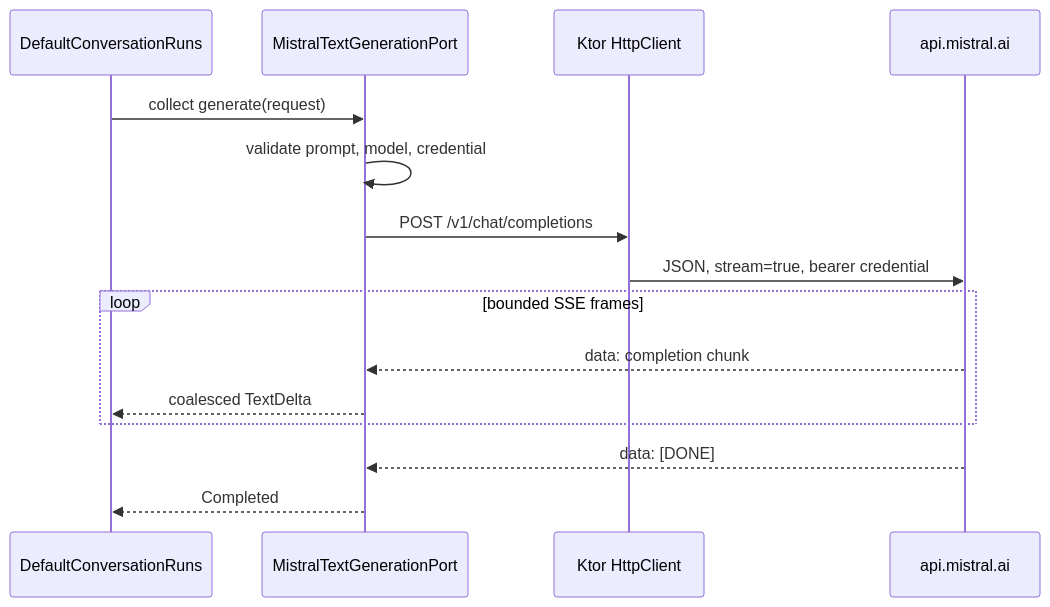
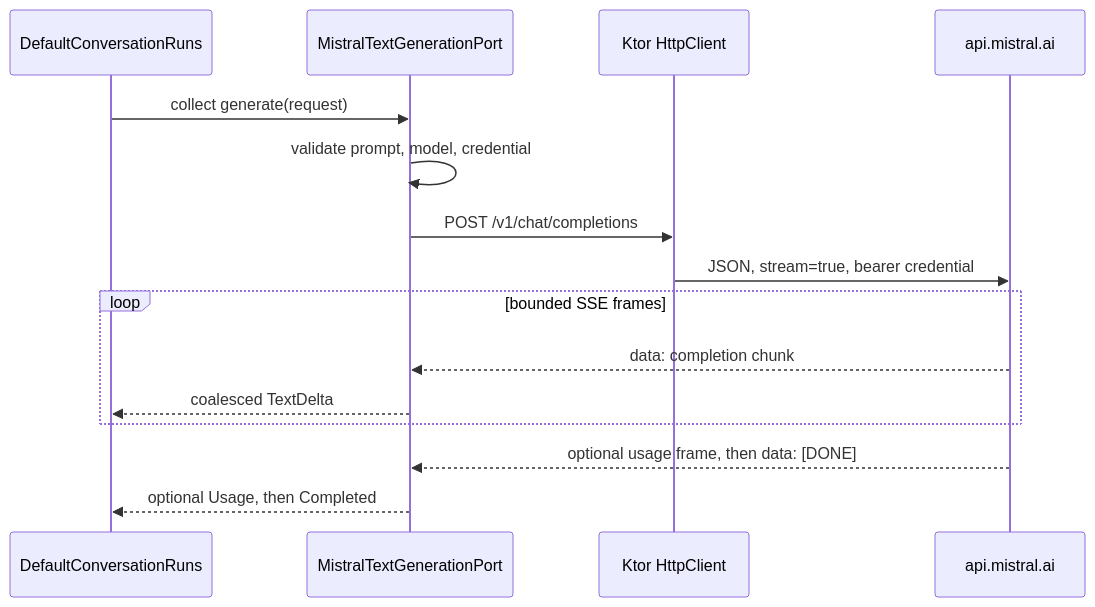
One commit to artemidius/blowhard changed the first of 2 diagrams in docs/architecture/mistral-streaming-chat.md. Above: the diagram before and after it, drawn with Mermaid. The commit also changed other lines of this file and 4 other files, not shown here.

````diff
--- a/docs/architecture/mistral-streaming-chat.md
+++ b/docs/architecture/mistral-streaming-chat.md
@@ -6,18 +6,18 @@
 ```mermaid
 sequenceDiagram
     participant Runs as DefaultConversationRuns
     participant Port as MistralTextGenerationPort
     participant HTTP as Ktor HttpClient
     participant API as api.mistral.ai
 
     Runs->>Port: collect generate(request)
     Port->>Port: validate prompt, model, credential
     Port->>HTTP: POST /v1/chat/completions
     HTTP->>API: JSON, stream=true, bearer credential
     loop bounded SSE frames
         API-->>Port: data: completion chunk
         Port-->>Runs: coalesced TextDelta
     end
-    API-->>Port: data: [DONE]
-    Port-->>Runs: Completed
+    API-->>Port: optional usage frame, then data: [DONE]
+    Port-->>Runs: optional Usage, then Completed
 ```
````
